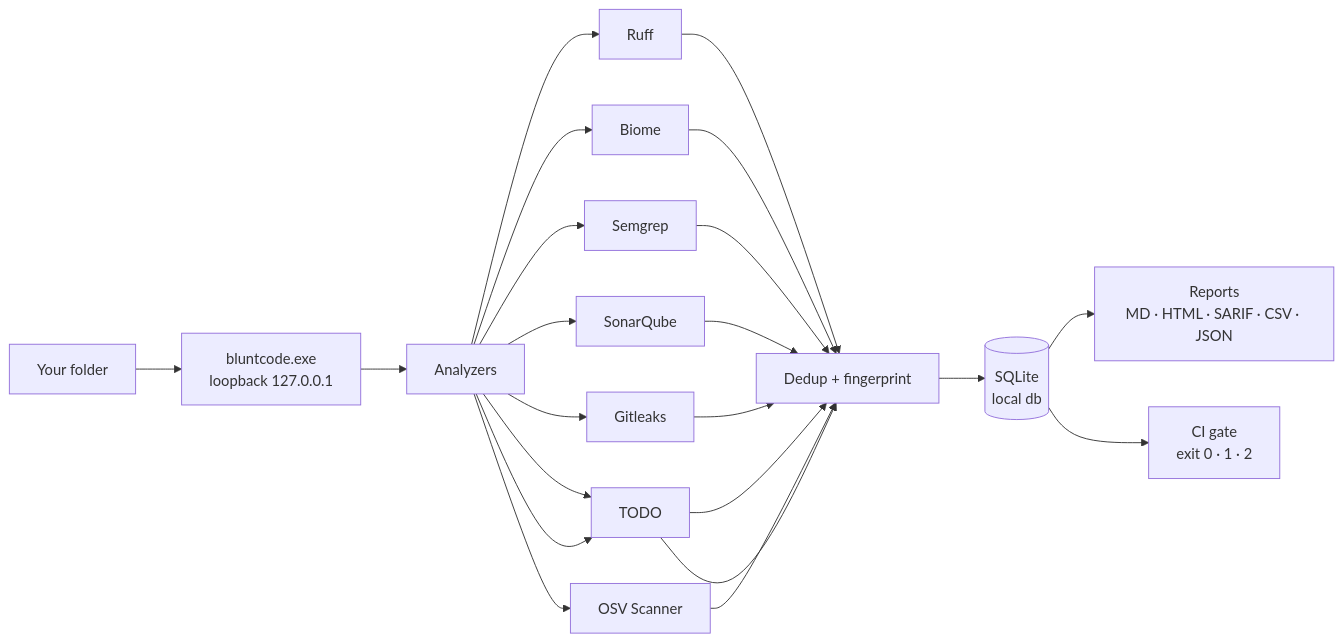
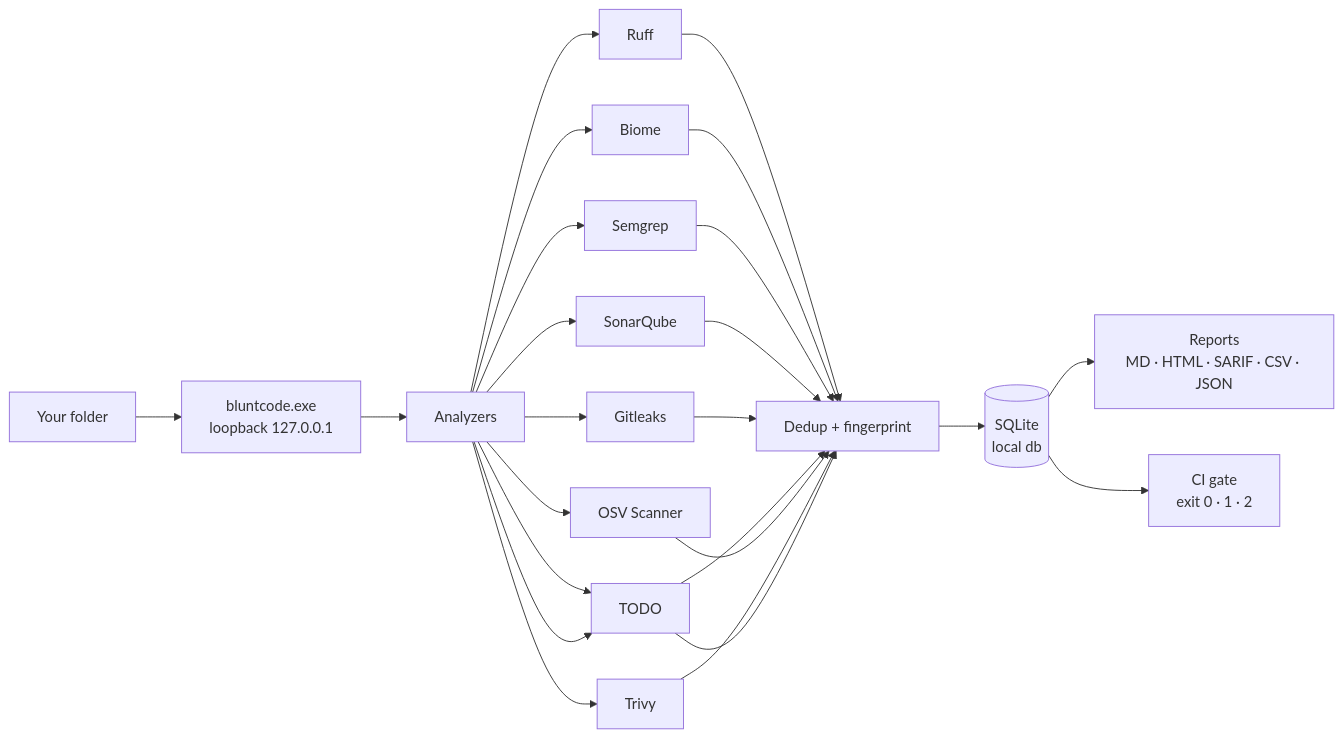
Before and after one commit to sanketpatel32/Blunt-code: the diagram in README.md, drawn with Mermaid. The commit also changed other lines of this file and 19 other files, not shown here.

````diff
--- a/README.md
+++ b/README.md
@@ -40,24 +40,26 @@
 ```mermaid
 flowchart LR
     A["Your folder"] --> B["bluntcode.exe<br>loopback 127.0.0.1"]
     B --> C["Analyzers"]
     C --> D1["Ruff"]
     C --> D2["Biome"]
     C --> D3["Semgrep"]
     C --> D4["SonarQube"]
     C --> D5["Gitleaks"]
     C --> D6["Secrets"]
     C --> D7["OSV Scanner"]
+    C --> D8["Trivy"]
     C --> D6["TODO"]
     D1 --> E["Dedup + fingerprint"]
     D2 --> E
     D3 --> E
     D4 --> E
     D5 --> E
     D6 --> E
     D7 --> E
+    D8 --> E
     D6 --> E
     E --> F[("SQLite<br>local db")]
     F --> G["Reports<br>MD · HTML · SARIF · CSV · JSON"]
     F --> H["CI gate<br>exit 0 · 1 · 2"]
 ```
````
